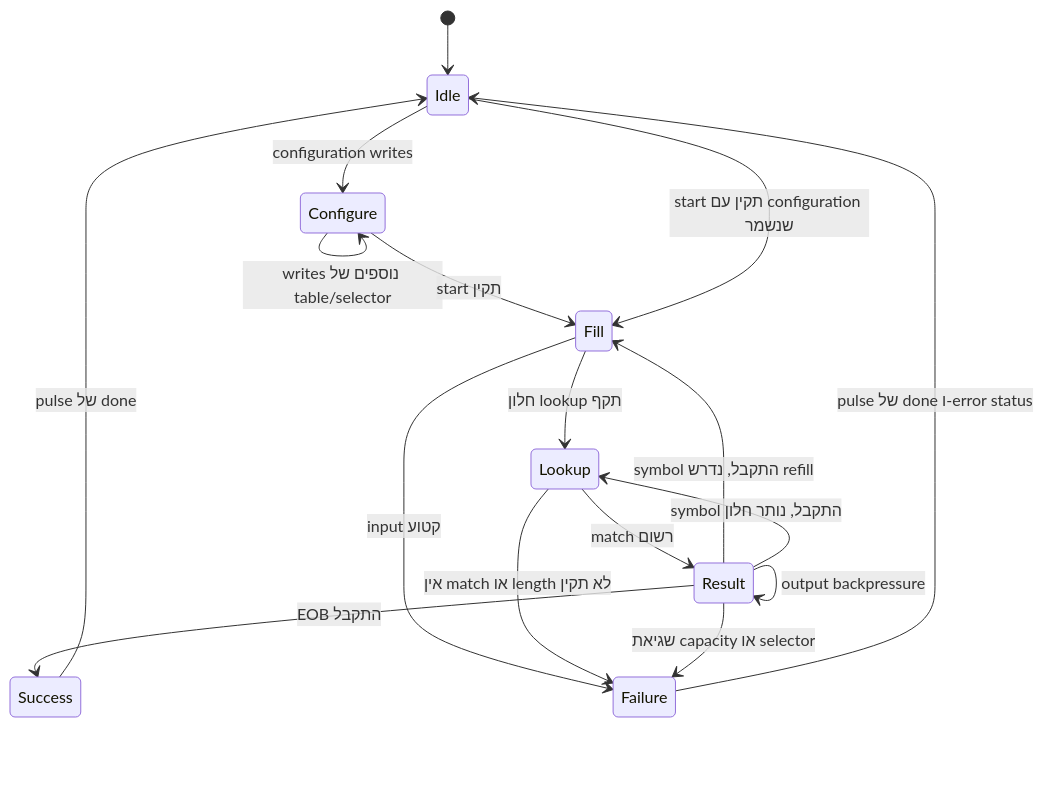
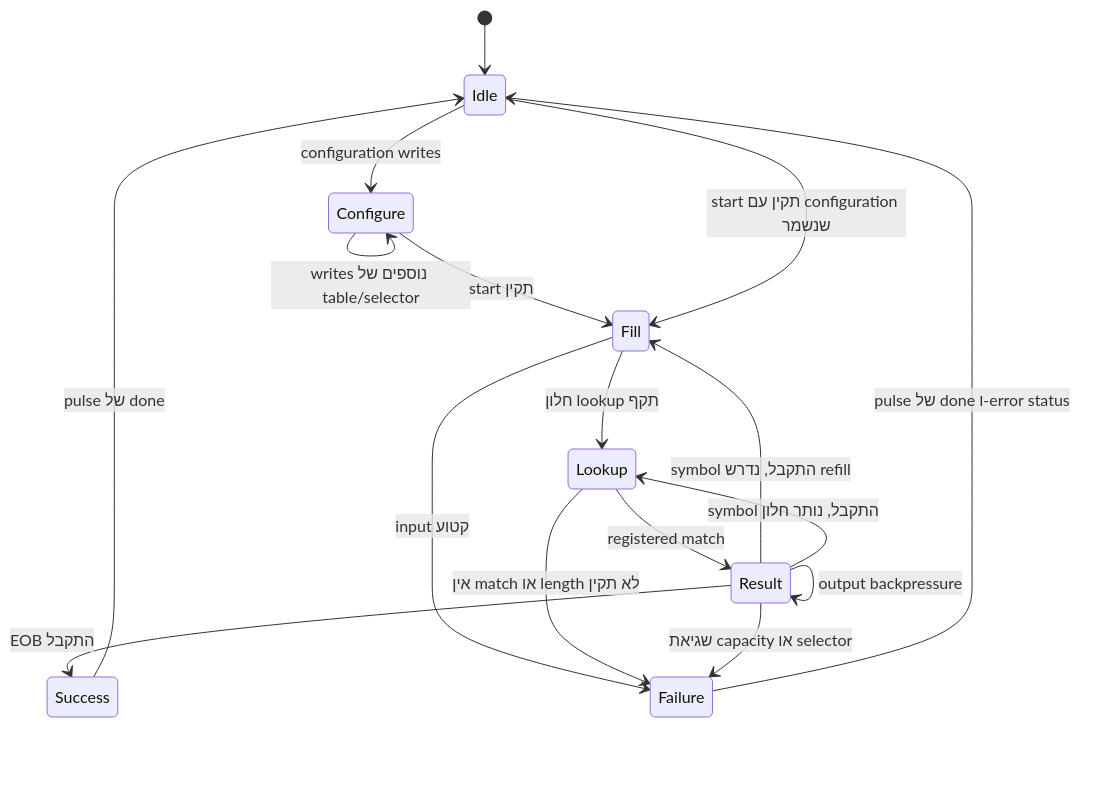
The tenth of 12 diagrams in report in hebrew/06_block_diagrams.md (Tydox/Auxilary-Notes), drawn with Mermaid before and after one commit. The commit also changed other lines of this file and 5 other files, not shown here.

````diff
--- a/report in hebrew/06_block_diagrams.md
+++ b/report in hebrew/06_block_diagrams.md
@@ -248,19 +248,19 @@
 ```mermaid
 stateDiagram-v2
     [*] --> Idle
     Idle --> Configure: configuration writes
     Configure --> Configure: writes נוספים של table/selector
     Configure --> Fill: start תקין
     Idle --> Fill: start תקין עם configuration שנשמר
     Fill --> Lookup: חלון lookup תקף
-    Lookup --> Result: match רשום
+    Lookup --> Result: registered match
     Result --> Result: output backpressure
     Result --> Fill: symbol התקבל, נדרש refill
     Result --> Lookup: symbol התקבל, נותר חלון
     Result --> Success: EOB התקבל
     Fill --> Failure: input קטוע
     Lookup --> Failure: אין match או length לא תקין
     Result --> Failure: שגיאת capacity או selector
     Success --> Idle: pulse של done
     Failure --> Idle: pulse של done ו-error status
 ```
````
